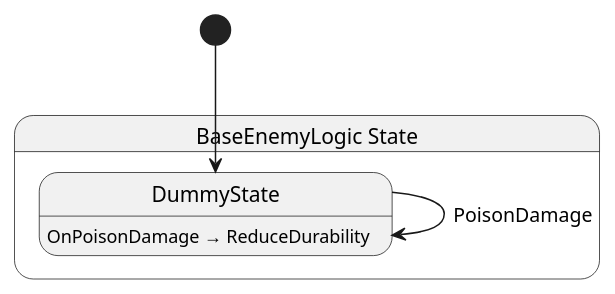
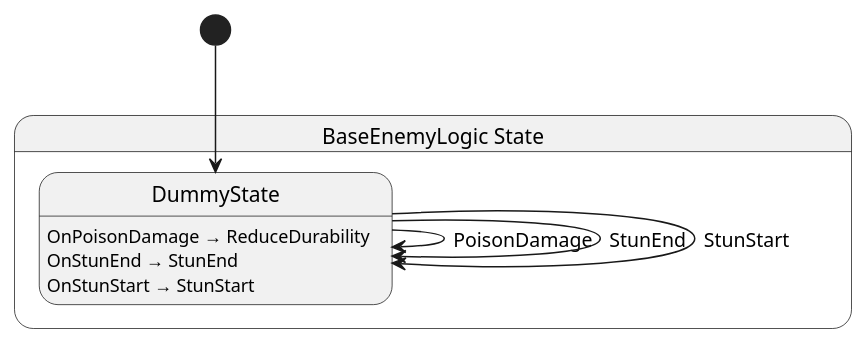
Before and after one commit to Ygoat/EternalJourney: the diagram in src/enemy/base/state/BaseEnemyLogic.g.puml, drawn with PlantUML. The commit also changed 11 other files, not shown here.

```diff
--- a/src/enemy/base/state/BaseEnemyLogic.g.puml
+++ b/src/enemy/base/state/BaseEnemyLogic.g.puml
@@ -1,11 +1,15 @@
 @startuml BaseEnemyLogic
 state "BaseEnemyLogic State" as EternalJourney_Enemy_Base_State_BaseEnemyLogic_State {
   state "DummyState" as EternalJourney_Enemy_Base_State_BaseEnemyLogic_State_DummyState
 }
 
 EternalJourney_Enemy_Base_State_BaseEnemyLogic_State_DummyState --> EternalJourney_Enemy_Base_State_BaseEnemyLogic_State_DummyState : PoisonDamage
+EternalJourney_Enemy_Base_State_BaseEnemyLogic_State_DummyState --> EternalJourney_Enemy_Base_State_BaseEnemyLogic_State_DummyState : StunEnd
+EternalJourney_Enemy_Base_State_BaseEnemyLogic_State_DummyState --> EternalJourney_Enemy_Base_State_BaseEnemyLogic_State_DummyState : StunStart
 
 EternalJourney_Enemy_Base_State_BaseEnemyLogic_State_DummyState : OnPoisonDamage → ReduceDurability
+EternalJourney_Enemy_Base_State_BaseEnemyLogic_State_DummyState : OnStunEnd → StunEnd
+EternalJourney_Enemy_Base_State_BaseEnemyLogic_State_DummyState : OnStunStart → StunStart
 
 [*] --> EternalJourney_Enemy_Base_State_BaseEnemyLogic_State_DummyState
 @enduml
```
